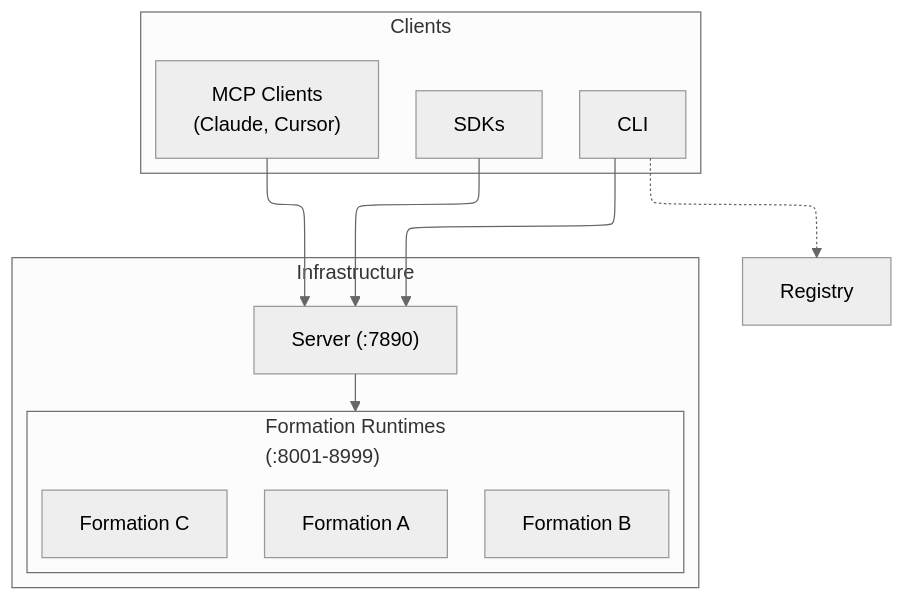
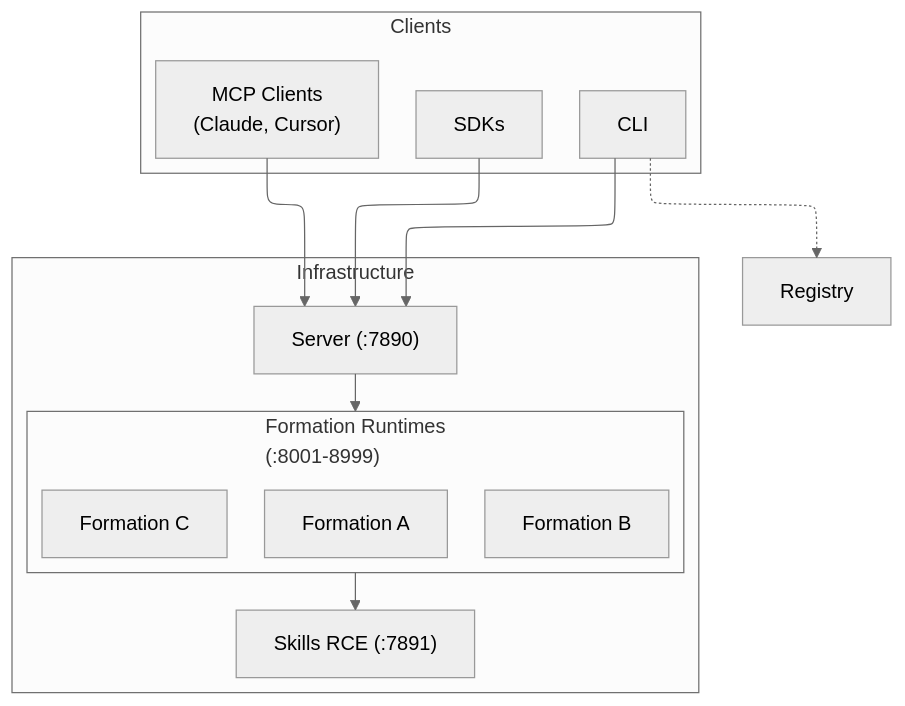
One commit to muxi-ai/muxi changed the first of 3 diagrams in docs/concepts/architecture.md. Above: the diagram before and after it, drawn with Mermaid (neutral theme). The commit also changed other lines of this file and 14 other files, not shown here.

First line of the commit message:
Add skills framework and RCE support for agent capabilities

````diff
--- a/docs/concepts/architecture.md
+++ b/docs/concepts/architecture.md
@@ -15,31 +15,33 @@
 ```mermaid
 ---
 config:
   layout: elk
   elk:
     nodePlacementStrategy: LINEAR_SEGMENTS
 ---
 flowchart TB
     subgraph Clients
         CLI[CLI]
         SDKs[SDKs]
         MCP_Clients["MCP Clients<br>(Claude, Cursor)"]
     end
 
     subgraph Infrastructure
         Server["Server (:7890)"]
+        RCE["Skills RCE (:7891)"]
         subgraph Formations["Formation Runtimes<br>(:8001-8999)"]
             F1[Formation A]
             F2[Formation B]
             F3[Formation C]
         end
     end
 
     Registry[Registry]
 
     CLI --> Server
     SDKs --> Server
     MCP_Clients --> Server
     CLI -.-> Registry
     Server --> Formations
+    Formations --> RCE
 ```
````
